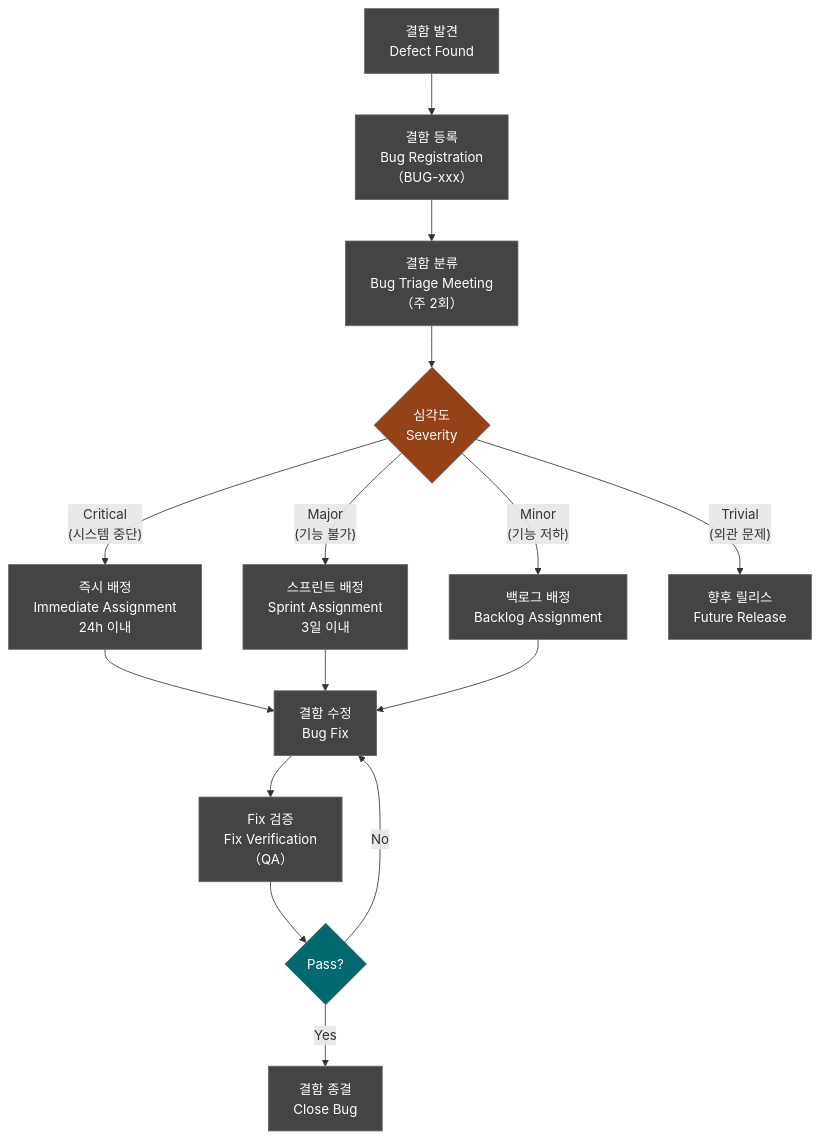
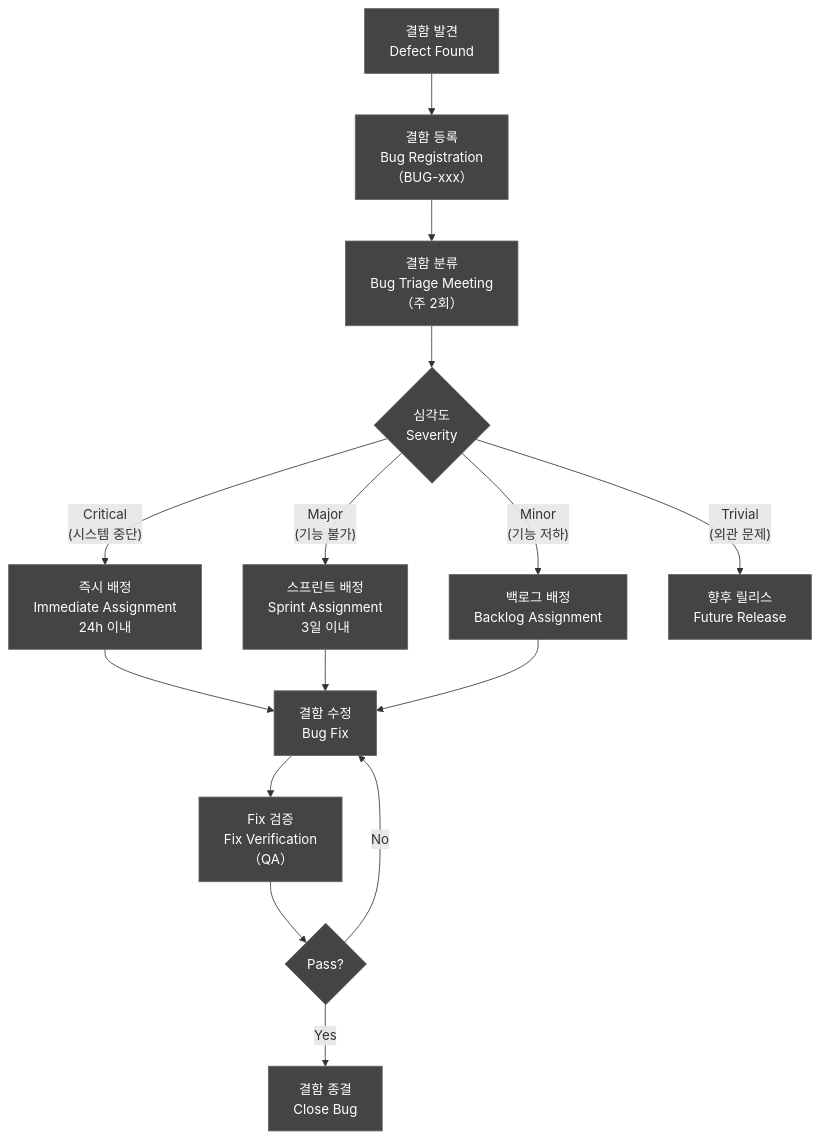
The ninth of 15 diagrams in docs/management/DOC-003a_SW_Development_Procedure_v1.0.md (holee9/console-gui), drawn with Mermaid before and after one commit. The commit also changed other lines of this file and 35 other files, not shown here.

First line of the commit message:
fix: 전체 Mermaid 차트 색상 진한 회색 통일

````diff
--- a/docs/management/DOC-003a_SW_Development_Procedure_v1.0.md
+++ b/docs/management/DOC-003a_SW_Development_Procedure_v1.0.md
@@ -945,22 +945,22 @@
 ```mermaid
 flowchart TD
     classDef default fill:#444,stroke:#666,color:#fff
     A["결함 발견\nDefect Found"] --> B["결함 등록\nBug Registration\n（BUG-xxx）"]
     B --> C["결함 분류\nBug Triage Meeting\n（주 2회）"]
     C --> D{심각도\nSeverity}
     D -->|"Critical\n(시스템 중단)"| E["즉시 배정\nImmediate Assignment\n24h 이내"]
     D -->|"Major\n(기능 불가)"| F["스프린트 배정\nSprint Assignment\n3일 이내"]
     D -->|"Minor\n(기능 저하)"| G["백로그 배정\nBacklog Assignment"]
     D -->|"Trivial\n(외관 문제)"| H["향후 릴리스\nFuture Release"]
     
     E --> I["결함 수정\nBug Fix"]
     F --> I
     G --> I
     I --> J["Fix 검증\nFix Verification\n（QA）"]
     J --> K{Pass?}
     K -->|Yes| L["결함 종결\nClose Bug"]
     K -->|No| I
 
-    style D fill:#964219,color:#fff
-    style K fill:#01696F,color:#fff
+    style D fill:#444,color:#fff
+    style K fill:#444,color:#fff
 ```
````
